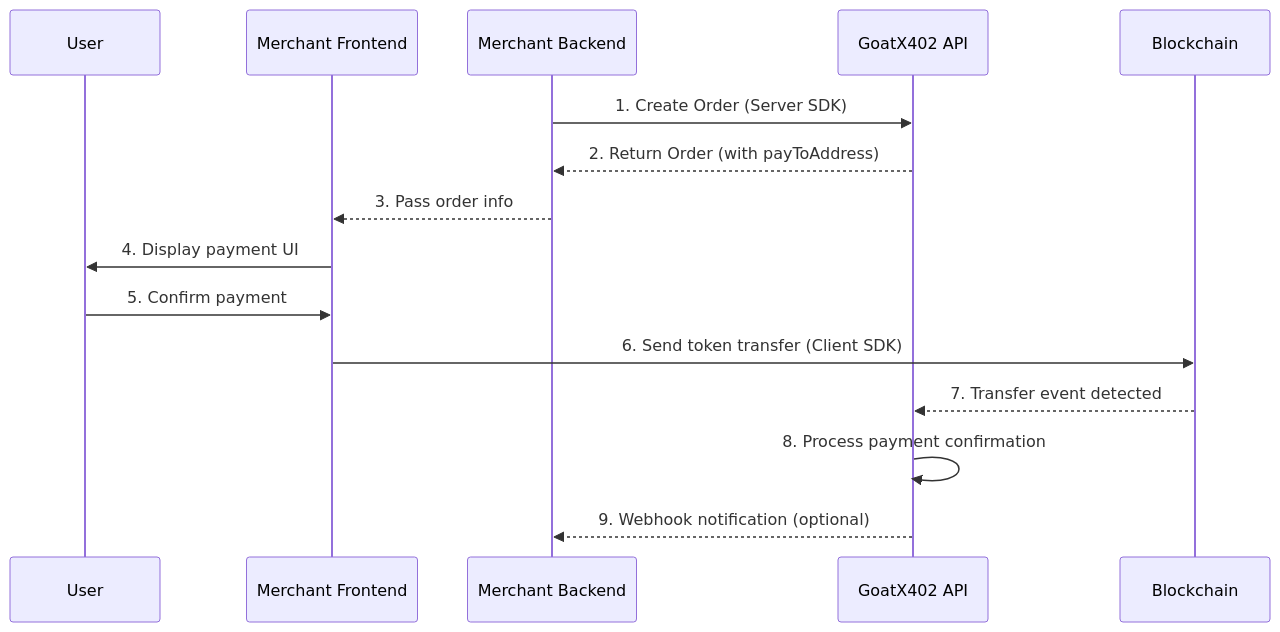
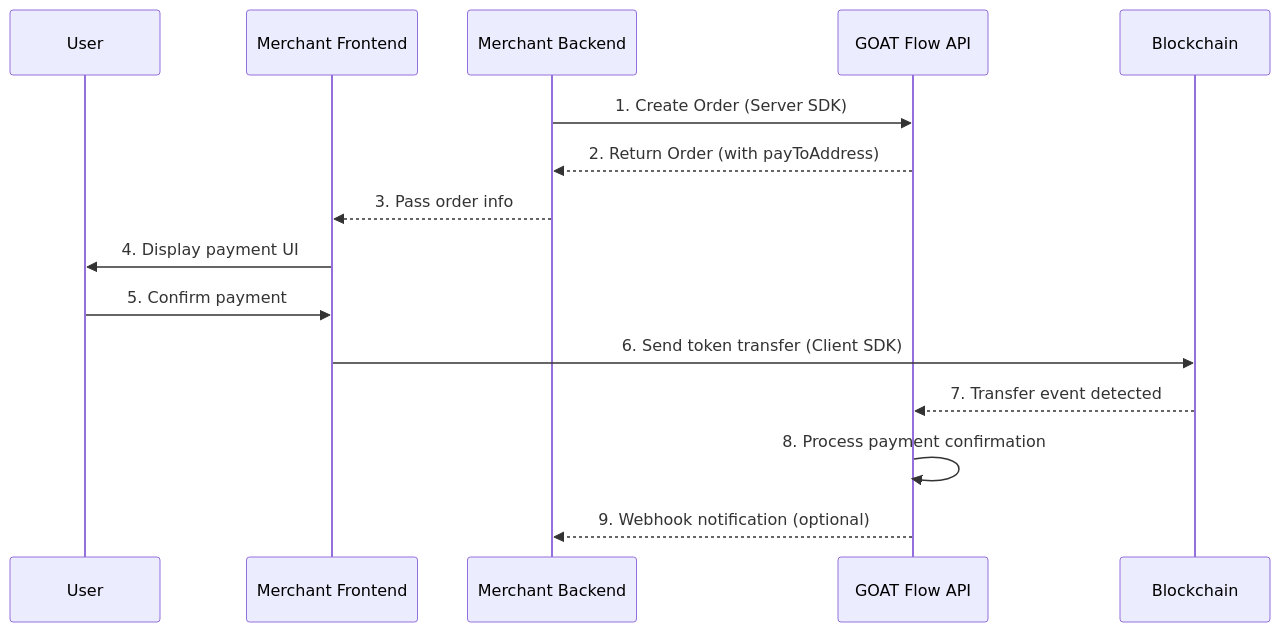
Before and after one commit to GOATNetwork/x402: the first of 3 diagrams in docs/x402-integration.md, drawn with Mermaid. The commit also changed other lines of this file and 76 other files, not shown here.

First line of the commit message:
chore: migrate public packages to GOAT Flow

````diff
--- a/docs/x402-integration.md
+++ b/docs/x402-integration.md
@@ -199,18 +199,18 @@
 ```mermaid
 sequenceDiagram
     participant User as User
     participant MFE as Merchant Frontend
     participant MBE as Merchant Backend
-    participant API as GoatX402 API
+    participant API as GOAT Flow API
     participant Chain as Blockchain
 
     MBE->>API: 1. Create Order (Server SDK)
     API-->>MBE: 2. Return Order (with payToAddress)
     MBE-->>MFE: 3. Pass order info
     MFE->>User: 4. Display payment UI
     User->>MFE: 5. Confirm payment
     MFE->>Chain: 6. Send token transfer (Client SDK)
     Chain-->>API: 7. Transfer event detected
     API->>API: 8. Process payment confirmation
     API-->>MBE: 9. Webhook notification (optional)
 ```
````
